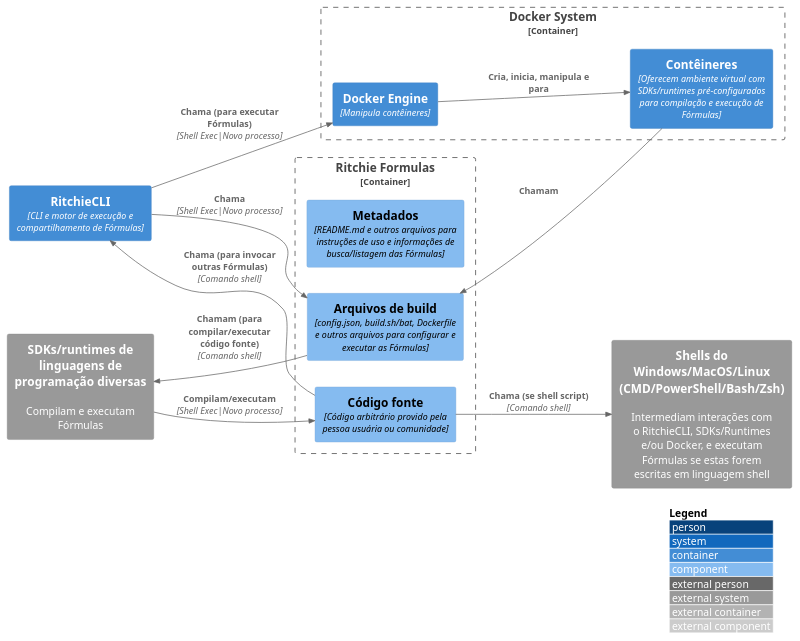
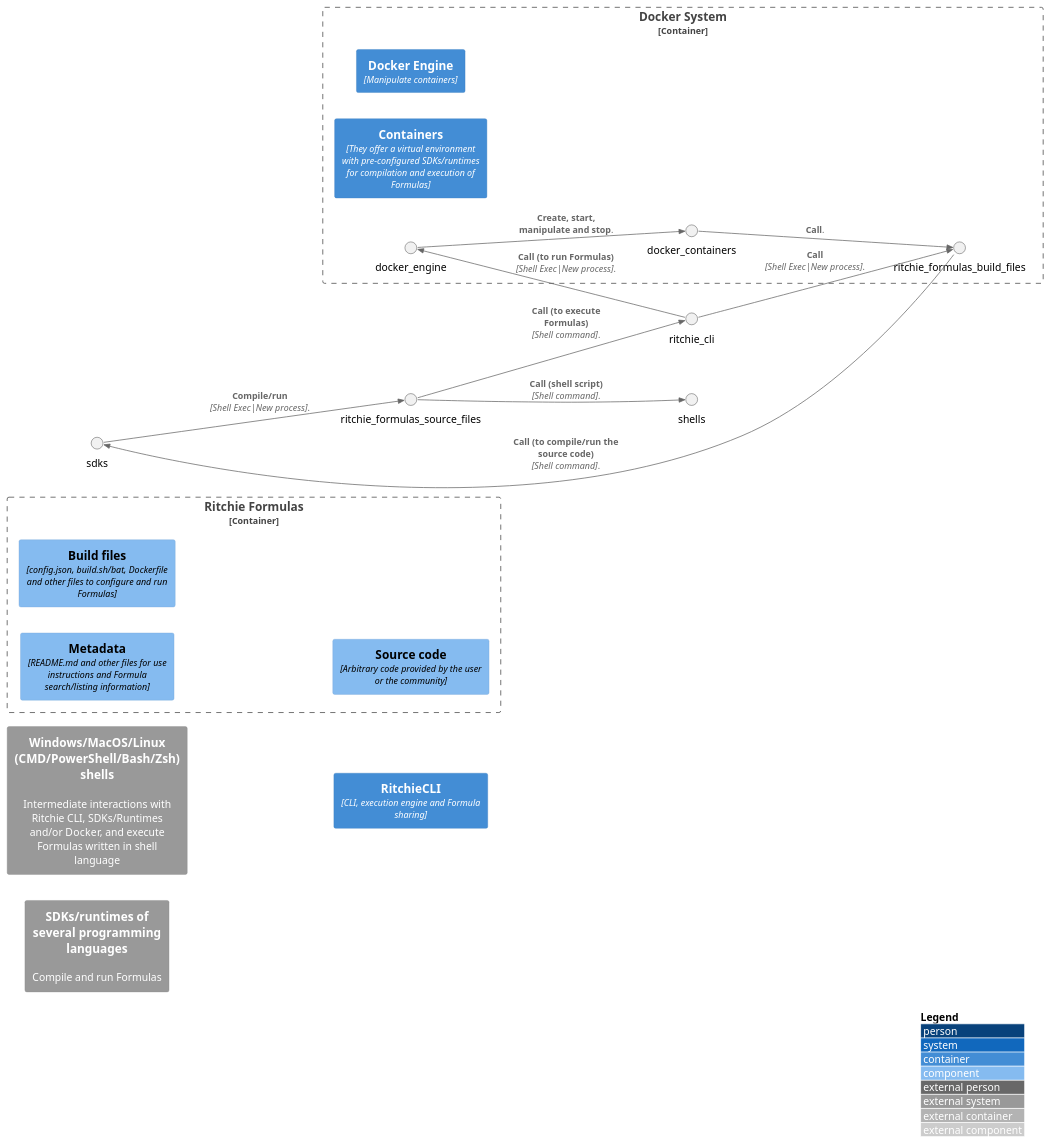
Before and after one commit to ZupIT/-ritchiecli-c4model: the diagram in en/src/C3-Context/formulas/formulas.puml, drawn with PlantUML. The commit also changed 18 other files, not shown here.

```diff
--- a/en/src/C3-Context/formulas/formulas.puml
+++ b/en/src/C3-Context/formulas/formulas.puml
@@ -1,32 +1,32 @@
 @startuml c3
 !include https://raw.githubusercontent.com/adrianvlupu/C4-PlantUML/latest/C4_Component.puml
 
 LAYOUT_WITH_LEGEND()
 LAYOUT_LEFT_RIGHT()
 
-System_Ext(shells, "Shells do Windows/MacOS/Linux (CMD/PowerShell/Bash/Zsh)", "Intermediam interações com o RitchieCLI, SDKs/Runtimes e/ou Docker, e executam Fórmulas se estas forem escritas em linguagem shell")
-System_Ext(sdks, "SDKs/runtimes de linguagens de programação diversas", "Compilam e executam Fórmulas")
-Container(ritchie_cli, "RitchieCLI", "CLI e motor de execução e compartilhamento de Fórmulas")
+System_Ext(shells, "Windows/MacOS/Linux (CMD/PowerShell/Bash/Zsh) shells", "Intermediate interactions with Ritchie CLI, SDKs/Runtimes and/or Docker, and execute Formulas written in shell language").
+System_Ext(sdks, "SDKs/runtimes of several programming languages", "Compile and run Formulas").
+Container(ritchie_cli, "RitchieCLI", "CLI, execution engine and Formula sharing").
 
 Container_Boundary(ritchie_formulas, "Ritchie Formulas") {
-    Component(ritchie_formulas_metadata, "Metadados", "README.md e outros arquivos para instruções de uso e informações de busca/listagem das Fórmulas")
-    Component(ritchie_formulas_build_files, "Arquivos de build", "config.json, build.sh/bat, Dockerfile e outros arquivos para configurar e executar as Fórmulas")
-    Component(ritchie_formulas_source_files, "Código fonte", "Código arbitrário provido pela pessoa usuária ou comunidade")
+    Component(ritchie_formulas_metadata, "Metadata", "README.md and other files for use instructions and Formula search/listing information").
+    Component(ritchie_formulas_build_files, "Build files", "config.json, build.sh/bat, Dockerfile and other files to configure and run Formulas").
+    Component(ritchie_formulas_source_files, "Source code", "Arbitrary code provided by the user or the community").
 }
 
 Container_Boundary(docker_system, "Docker System") {
-    Container(docker_engine, "Docker Engine", "Manipula contêineres")
-    Container(docker_containers, "Contêineres", "Oferecem ambiente virtual com SDKs/runtimes pré-configurados para compilação e execução de Fórmulas")
+    Container(docker_engine, "Docker Engine", "Manipulate containers").
+    Container(docker_containers, "Containers", "They offer a virtual environment with pre-configured SDKs/runtimes for compilation and execution of Formulas").
 
-    Rel(docker_engine, docker_containers, "Cria, inicia, manipula e para")
-    Rel(docker_containers, ritchie_formulas_build_files, "Chamam")
+    Rel(docker_engine, docker_containers, "Create, start, manipulate and stop").
+    Rel(docker_containers, ritchie_formulas_build_files, "Call").
 }
 
-Rel(ritchie_cli, ritchie_formulas_build_files, "Chama", "Shell Exec|Novo processo")
-Rel(ritchie_formulas_build_files, sdks, "Chamam (para compilar/executar código fonte)", "Comando shell")
-Rel(ritchie_formulas_source_files, ritchie_cli, "Chama (para invocar outras Fórmulas)", "Comando shell")
-Rel(ritchie_formulas_source_files, shells, "Chama (se shell script)", "Comando shell")
-Rel(ritchie_cli, docker_engine, "Chama (para executar Fórmulas)", "Shell Exec|Novo processo")
-Rel(sdks, ritchie_formulas_source_files, "Compilam/executam", "Shell Exec|Novo processo")
+Rel(ritchie_cli, ritchie_formulas_build_files, "Call", "Shell Exec|New process").
+Rel(ritchie_formulas_build_files, sdks, "Call (to compile/run the source code)", "Shell command").
+Rel(ritchie_formulas_source_files, ritchie_cli, "Call (to execute Formulas)", "Shell command").
+Rel(ritchie_formulas_source_files, shells, "Call (shell script)", "Shell command").
+Rel(ritchie_cli, docker_engine, "Call (to run Formulas)", "Shell Exec|New process").
+Rel(sdks, ritchie_formulas_source_files, "Compile/run", "Shell Exec|New process").
 
 @enduml
```
